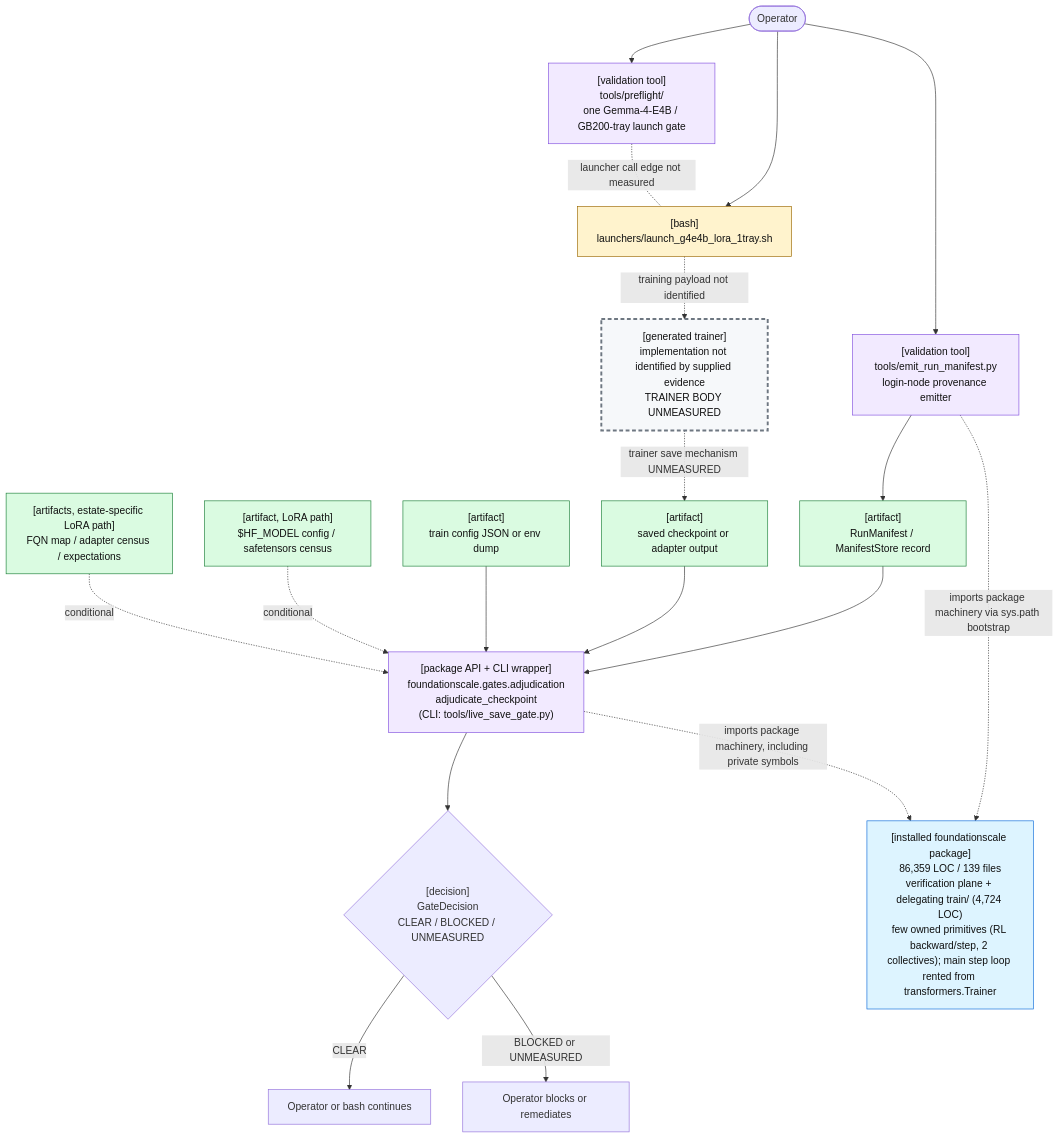
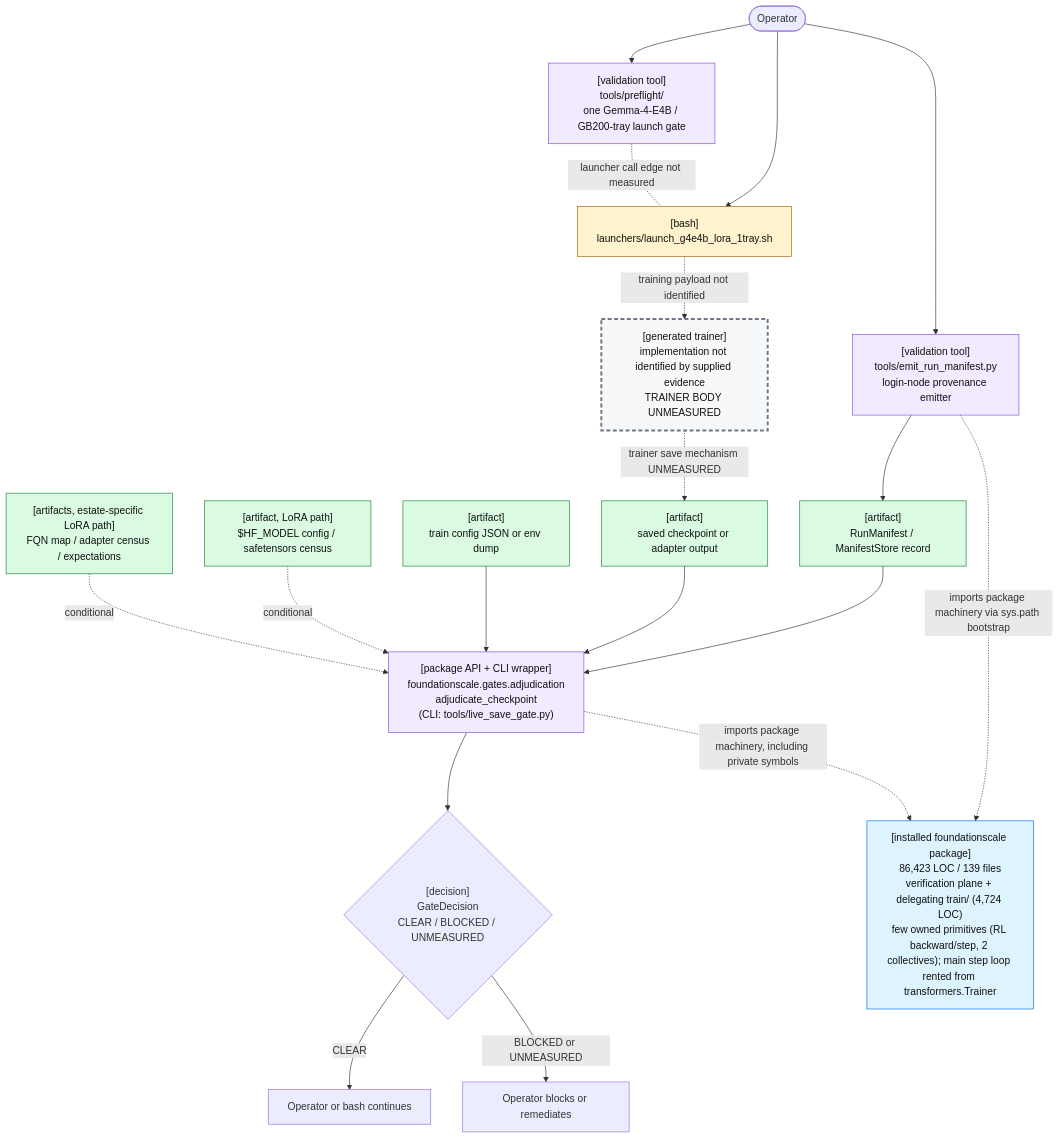
The first of 2 diagrams in docs/review/D2_current_architecture.md (TranNhiem/FoundationScale), drawn with Mermaid before and after one commit. The commit also changed other lines of this file and 10 other files, not shown here.

````diff
--- a/docs/review/D2_current_architecture.md
+++ b/docs/review/D2_current_architecture.md
@@ -25,59 +25,59 @@
 ```mermaid
 flowchart TB
   O(["Operator"])
 
   PF["[validation tool]<br/>tools/preflight/<br/>one Gemma-4-E4B / GB200-tray launch gate"]
   L["[bash]<br/>launchers/launch_g4e4b_lora_1tray.sh"]
 
   E["[validation tool]<br/>tools/emit_run_manifest.py<br/>login-node provenance emitter"]
   M["[artifact]<br/>RunManifest / ManifestStore record"]
 
   T["[generated trainer]<br/>implementation not identified by supplied evidence<br/>TRAINER BODY UNMEASURED"]
   C["[artifact]<br/>saved checkpoint or adapter output"]
 
   G["[package API + CLI wrapper]<br/>foundationscale.gates.adjudication<br/>adjudicate_checkpoint<br/>(CLI: tools/live_save_gate.py)"]
   CFG["[artifact]<br/>train config JSON or env dump"]
   BASE["[artifact, LoRA path]<br/>$HF_MODEL config / safetensors census"]
   CEN["[artifacts, estate-specific LoRA path]<br/>FQN map / adapter census / expectations"]
 
   D{"[decision]<br/>GateDecision<br/>CLEAR / BLOCKED / UNMEASURED"}
   OK["Operator or bash continues"]
   NO["Operator blocks or remediates"]
 
-  PKG["[installed foundationscale package]<br/>86,359 LOC / 139 files<br/>verification plane + delegating train/ (4,724 LOC)<br/>few owned primitives (RL backward/step, 2 collectives); main step loop rented from transformers.Trainer"]
+  PKG["[installed foundationscale package]<br/>86,423 LOC / 139 files<br/>verification plane + delegating train/ (4,724 LOC)<br/>few owned primitives (RL backward/step, 2 collectives); main step loop rented from transformers.Trainer"]
 
   O --> PF
   O --> L
   PF -. "launcher call edge not measured" .- L
 
   O --> E
   E --> M
 
   L -. "training payload not identified" .-> T
   T -. "trainer save mechanism UNMEASURED" .-> C
 
   M --> G
   C --> G
   CFG --> G
   BASE -. "conditional" .-> G
   CEN -. "conditional" .-> G
 
   E -. "imports package machinery via sys.path bootstrap" .-> PKG
   G -. "imports package machinery, including private symbols" .-> PKG
 
   G --> D
   D -->|"CLEAR"| OK
   D -->|"BLOCKED or UNMEASURED"| NO
 
   classDef bash fill:#fff3cd,stroke:#9a6700,color:#111;
   classDef tool fill:#f2eaff,stroke:#8250df,color:#111;
   classDef artifact fill:#dafbe1,stroke:#1a7f37,color:#111;
   classDef gap fill:#f6f8fa,stroke:#6e7781,stroke-width:3px,stroke-dasharray: 6 4,color:#111;
   classDef pkg fill:#ddf4ff,stroke:#0969da,color:#111;
 
   class L bash;
   class PF,E,G tool;
   class M,C,CFG,BASE,CEN artifact;
   class T gap;
   class PKG pkg;
 ```
````
